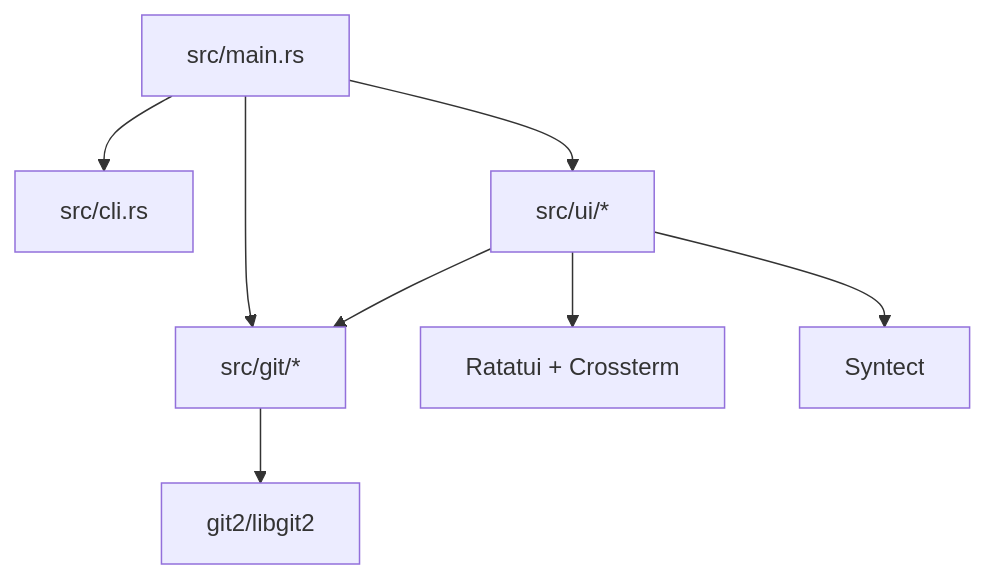
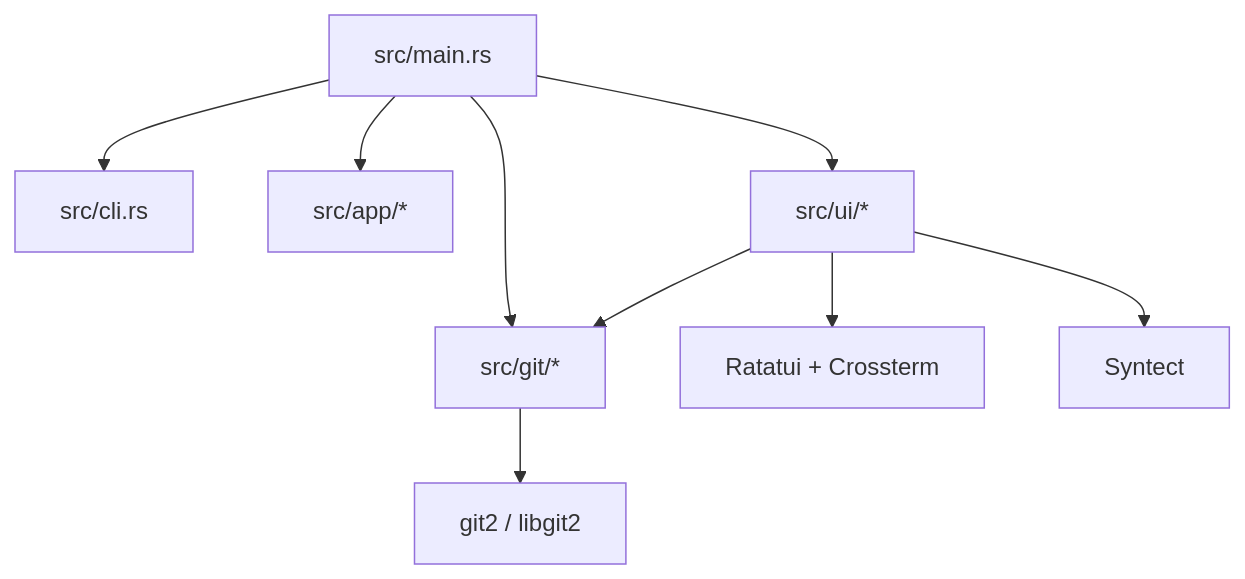
One commit to daredem0/git-sync changed the second of 8 diagrams in SDD_SAD.md. Above: the diagram before and after it, drawn with Mermaid. The commit also changed other lines of this file, not shown here.

````diff
--- a/SDD_SAD.md
+++ b/SDD_SAD.md
@@ -170,18 +85,22 @@
 ```mermaid
 flowchart TD
     MAIN[src/main.rs]
     CLI[src/cli.rs]
+    APP[src/app/*]
     UI[src/ui/*]
     GIT[src/git/*]
-    LIBGIT2[git2/libgit2]
+    LIBGIT2[git2 / libgit2]
     TERM[Ratatui + Crossterm]
     SYN[Syntect]
 
     MAIN --> CLI
+    MAIN --> APP
     MAIN --> UI
     MAIN --> GIT
+
     UI --> GIT
     UI --> TERM
     UI --> SYN
+
     GIT --> LIBGIT2
 ```
````
